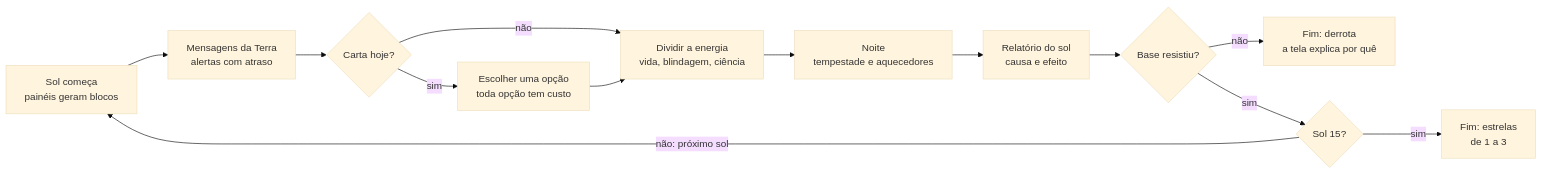
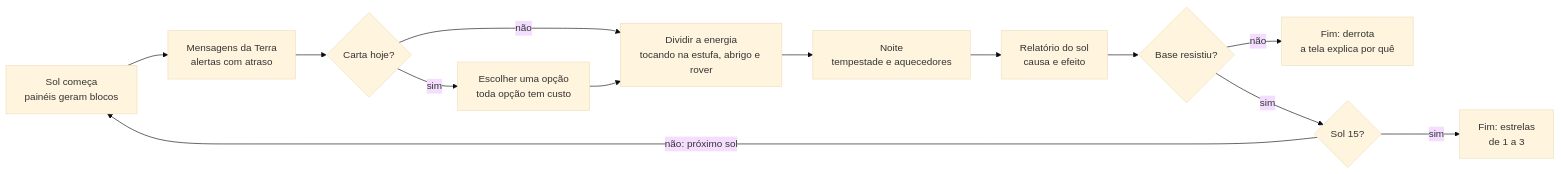
The first of 3 diagrams in docs/game-design.md (fronhaa/pi), drawn with Mermaid (base theme) before and after one commit. The commit also changed other lines of this file, not shown here.

Commit message:
docs: energia dividida no ambiente; menu só de visualização

````diff
--- a/docs/game-design.md
+++ b/docs/game-design.md
@@ -42,15 +42,15 @@
 ```mermaid
 flowchart LR
     A["Sol começa<br/>painéis geram blocos"] --> B["Mensagens da Terra<br/>alertas com atraso"]
     B --> C{Carta hoje?}
     C -- sim --> D["Escolher uma opção<br/>toda opção tem custo"]
-    C -- não --> E["Dividir a energia<br/>vida, blindagem, ciência"]
+    C -- não --> E["Dividir a energia<br/>tocando na estufa, abrigo e rover"]
     D --> E
     E --> F["Noite<br/>tempestade e aquecedores"]
     F --> G["Relatório do sol<br/>causa e efeito"]
     G --> H{Base resistiu?}
     H -- não --> X["Fim: derrota<br/>a tela explica por quê"]
     H -- sim --> I{Sol 15?}
     I -- sim --> Y["Fim: estrelas<br/>de 1 a 3"]
     I -- "não: próximo sol" --> A
 ```
````
